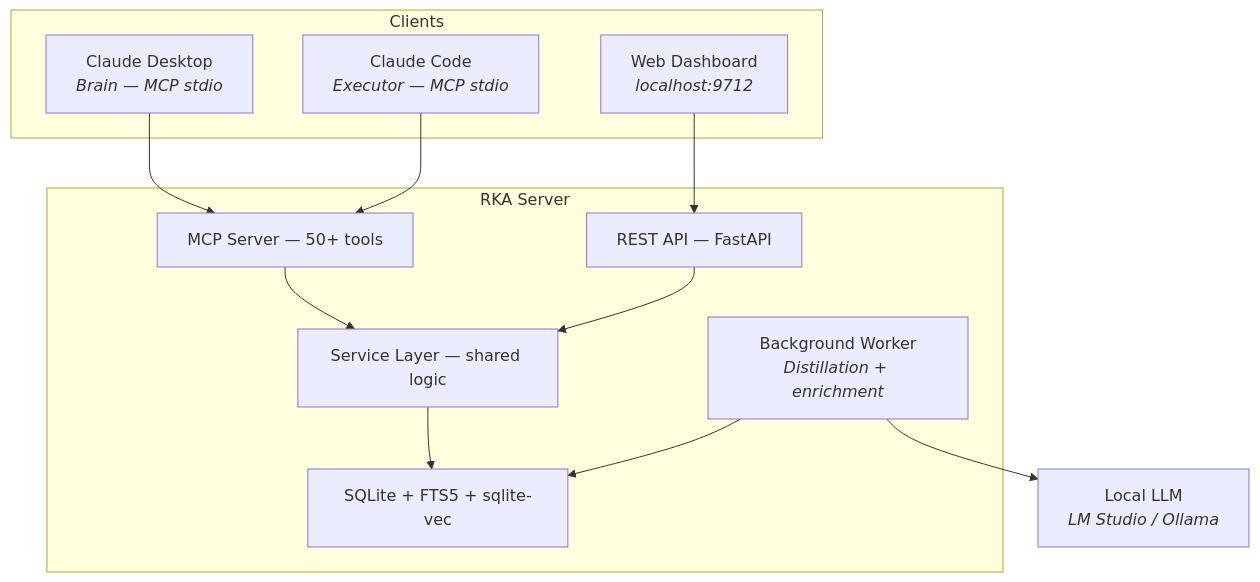
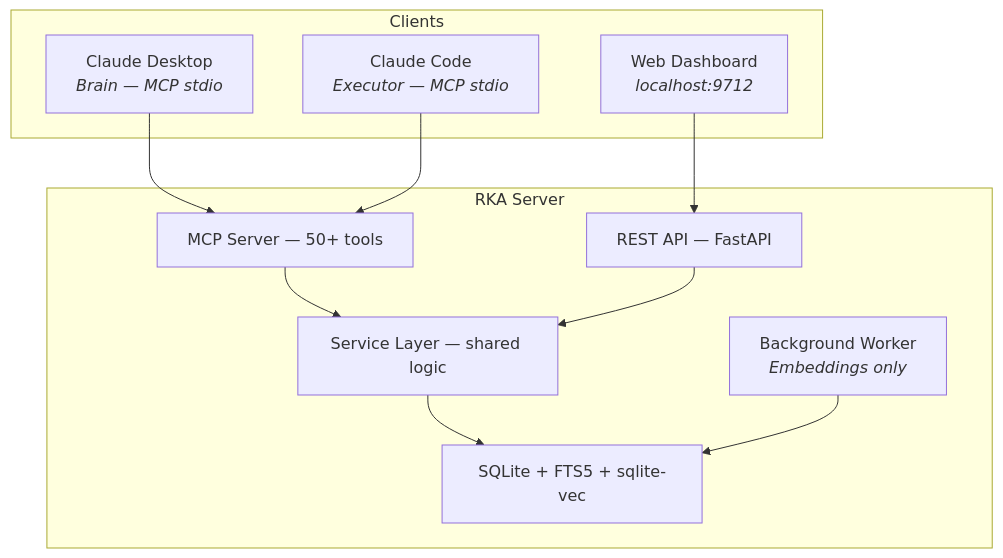
Before and after one commit to infinitywings/rka: the fourth of 4 diagrams in README.md, drawn with Mermaid. The commit also changed other lines of this file and 21 other files, not shown here.

````diff
--- a/README.md
+++ b/README.md
@@ -181,27 +181,24 @@
 ```mermaid
 graph TD
     subgraph Clients
         CD["Claude Desktop<br/><i>Brain — MCP stdio</i>"]
         CC["Claude Code<br/><i>Executor — MCP stdio</i>"]
         WEB["Web Dashboard<br/><i>localhost:9712</i>"]
     end
 
     subgraph "RKA Server"
         MCP["MCP Server — 50+ tools"]
         API["REST API — FastAPI"]
         SVC["Service Layer — shared logic"]
         DB["SQLite + FTS5 + sqlite-vec"]
-        WORKER["Background Worker<br/><i>Distillation + enrichment</i>"]
+        WORKER["Background Worker<br/><i>Embeddings only</i>"]
     end
-
-    LLM["Local LLM<br/><i>LM Studio / Ollama</i>"]
 
     CD --> MCP
     CC --> MCP
     WEB --> API
     MCP --> SVC
     API --> SVC
     SVC --> DB
     WORKER --> DB
-    WORKER --> LLM
 ```
````
